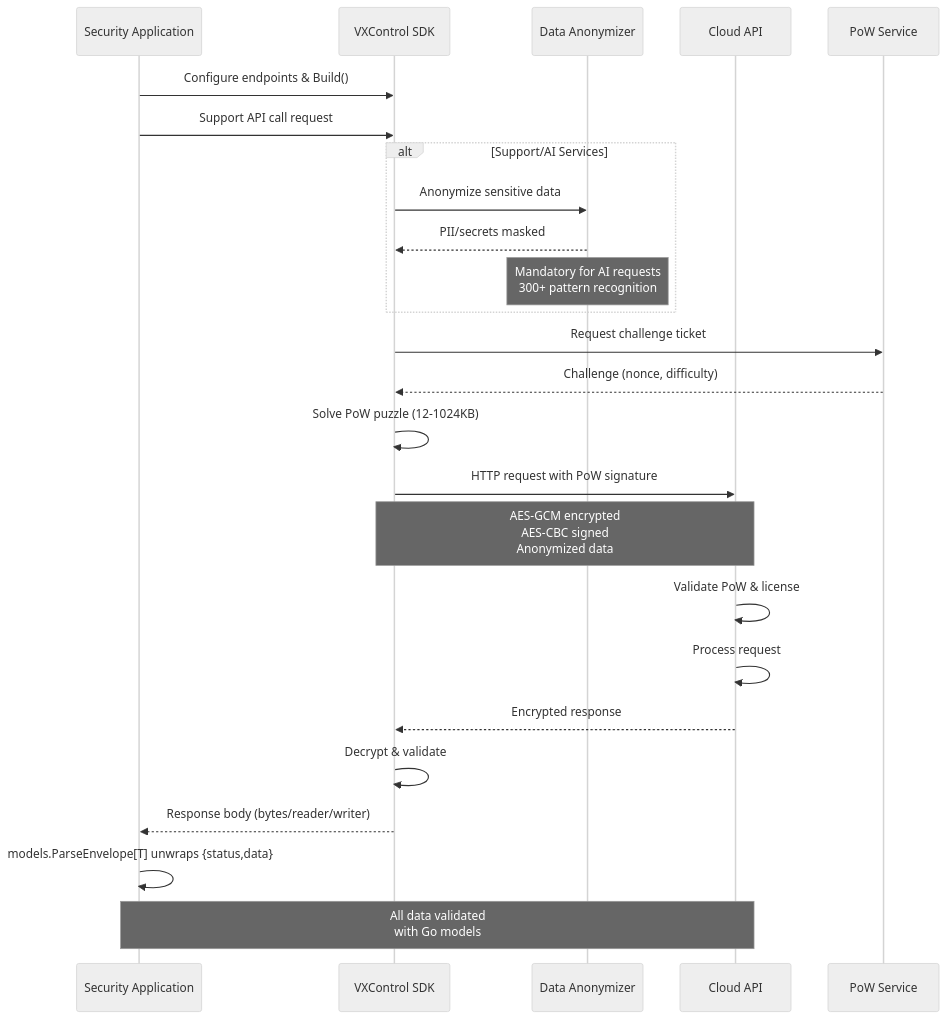
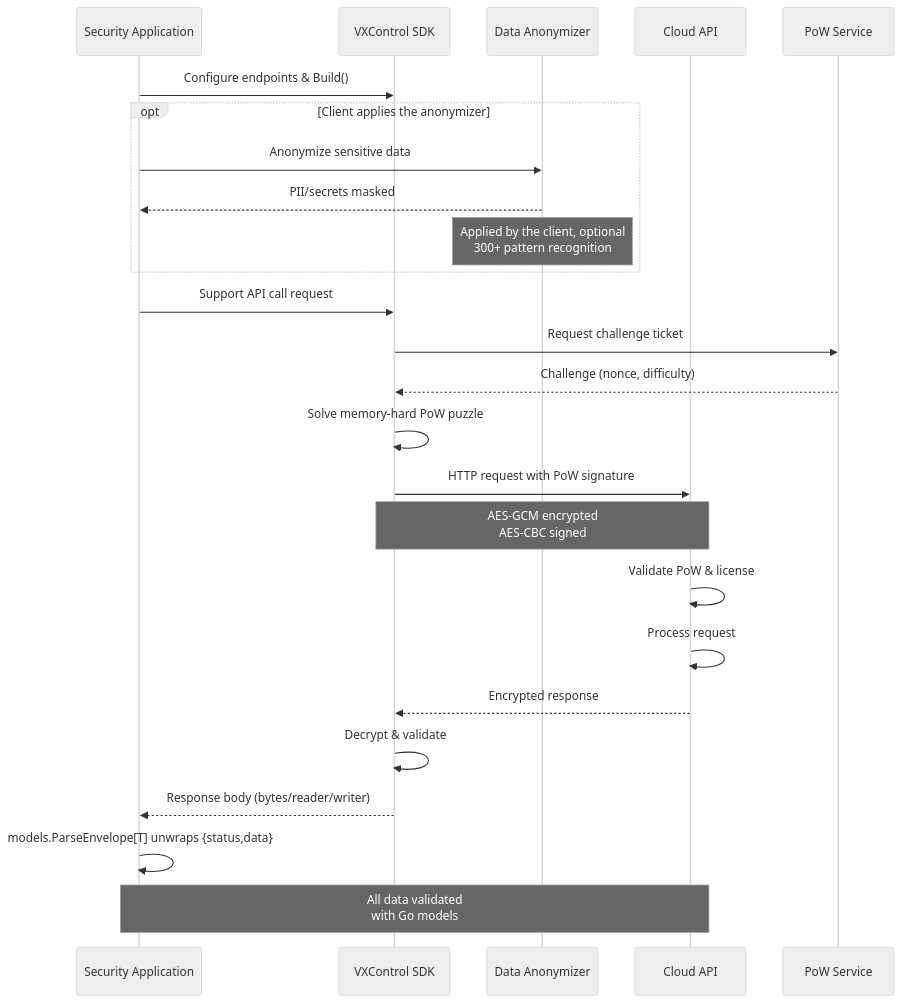
One commit to vxcontrol/cloud changed the diagram in API.md. Above: the diagram before and after it, drawn with Mermaid (neutral theme). The commit also changed other lines of this file and 24 other files, not shown here.

````diff
--- a/API.md
+++ b/API.md
@@ -9,34 +9,35 @@
 ```mermaid
 sequenceDiagram
     participant App as Security Application
     participant SDK as VXControl SDK
     participant Anon as Data Anonymizer
     participant API as Cloud API
     participant PoW as PoW Service
 
     App->>SDK: Configure endpoints & Build()
+
+    opt Client applies the anonymizer
+        App->>Anon: Anonymize sensitive data
+        Anon-->>App: PII/secrets masked
+        Note over Anon: Applied by the client, optional<br/>300+ pattern recognition
+    end
+
     App->>SDK: Support API call request
-
-    alt Support/AI Services
-        SDK->>Anon: Anonymize sensitive data
-        Anon-->>SDK: PII/secrets masked
-        Note over Anon: Mandatory for AI requests<br/>300+ pattern recognition
-    end
 
     SDK->>PoW: Request challenge ticket
     PoW-->>SDK: Challenge (nonce, difficulty)
-    SDK->>SDK: Solve PoW puzzle (12-1024KB)
+    SDK->>SDK: Solve memory-hard PoW puzzle
 
     SDK->>API: HTTP request with PoW signature
-    Note over SDK,API: AES-GCM encrypted<br/>AES-CBC signed<br/>Anonymized data
+    Note over SDK,API: AES-GCM encrypted<br/>AES-CBC signed
 
     API->>API: Validate PoW & license
     API->>API: Process request
     API-->>SDK: Encrypted response
 
     SDK->>SDK: Decrypt & validate
     SDK-->>App: Response body (bytes/reader/writer)
     App->>App: models.ParseEnvelope[T] unwraps {status,data}
 
     Note over App,API: All data validated<br/>with Go models
 ```
````
